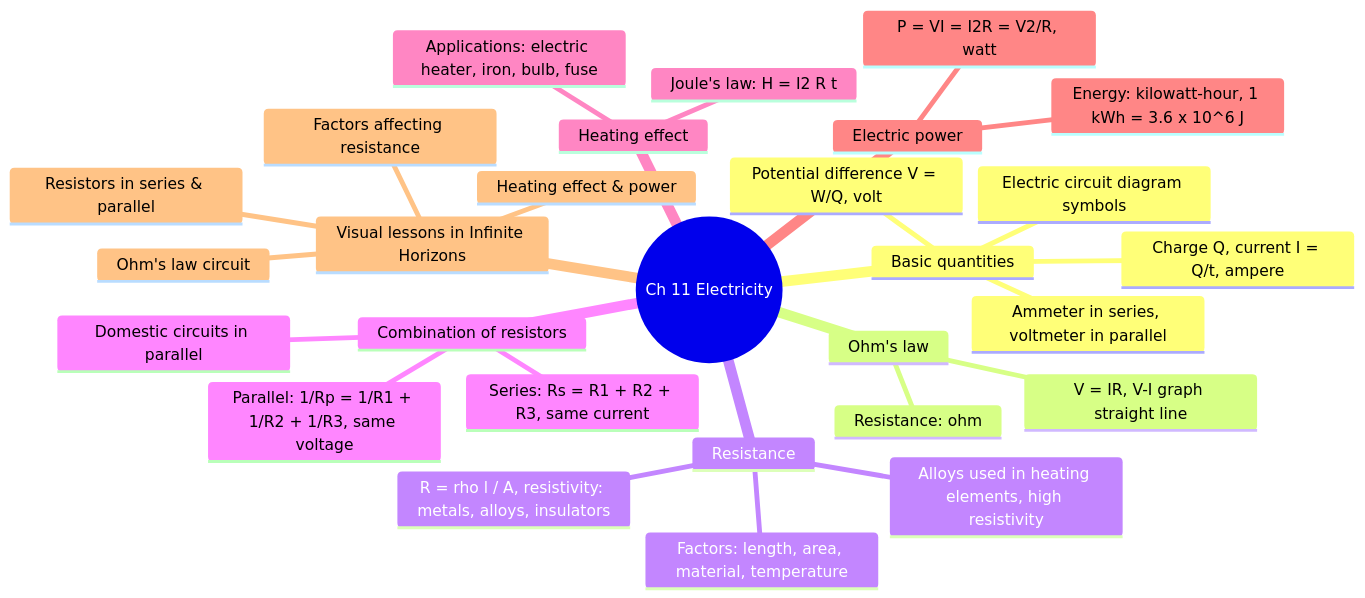
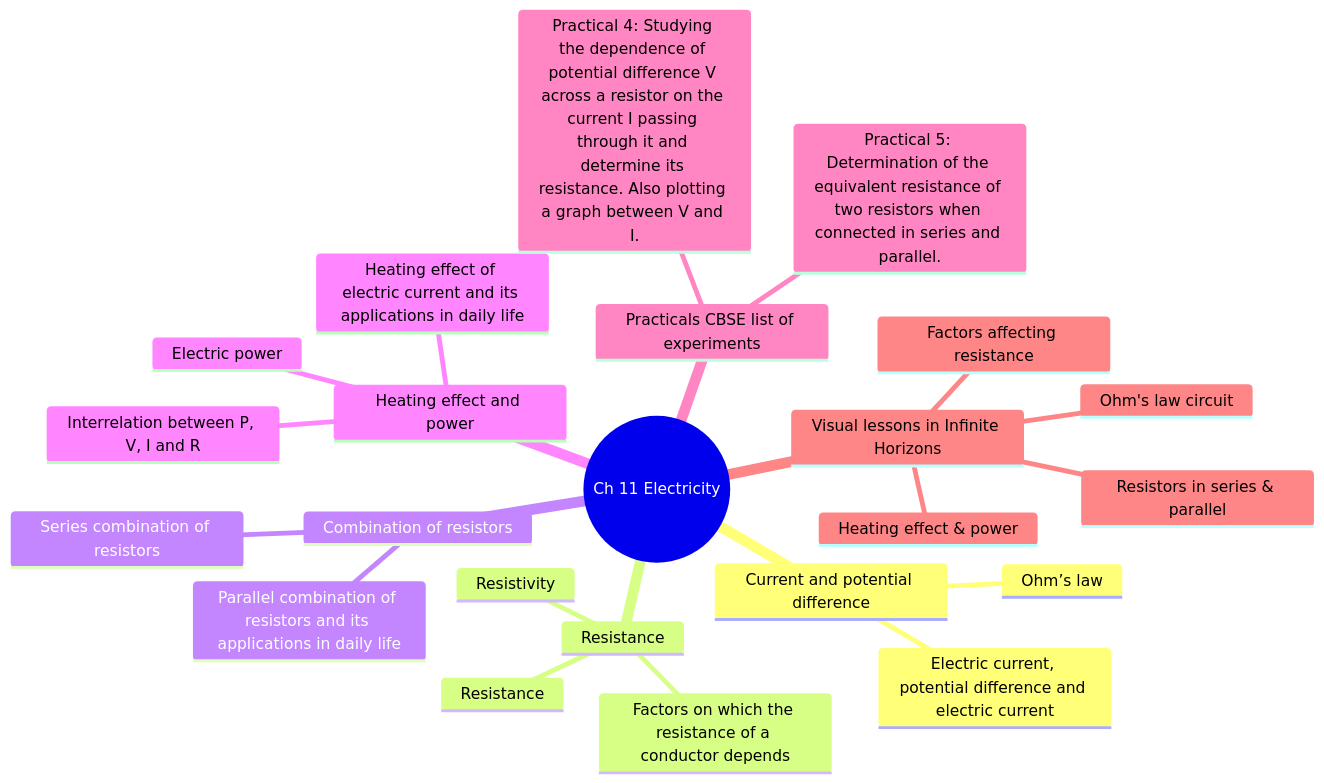
Before and after one commit to anveshix/ifinite-horizon: diagram 23 of 25 in docs/CHAPTER_MINDMAPS.md, drawn with Mermaid. The commit also changed other lines of this file and 22 other files, not shown here.

First line of the commit message:
fix(mindmap): rebuild Class X deep maps from the CBSE 2026-27 PDF; correct formative-only scope (Evolution, Motor/EMI/Generator only); add PDF-derived inventory

````diff
--- a/docs/CHAPTER_MINDMAPS.md
+++ b/docs/CHAPTER_MINDMAPS.md
@@ -932,31 +779,26 @@
 ```mermaid
 mindmap
   root((Ch 11 Electricity))
-    Basic quantities
-      Charge Q, current I = Q/t, ampere
-      Potential difference V = W/Q, volt
-      Electric circuit diagram symbols
-      Ammeter in series, voltmeter in parallel
-    Ohm's law
-      V = IR, V-I graph straight line
-      Resistance: ohm
+    Current and potential difference
+      Electric current, potential difference and electric current
+      Ohm’s law
     Resistance
-      Factors: length, area, material, temperature
-      R = rho l / A, resistivity: metals, alloys, insulators
-      Alloys used in heating elements, high resistivity
+      Resistance
+      Resistivity
+      Factors on which the resistance of a conductor depends
     Combination of resistors
-      Series: Rs = R1 + R2 + R3, same current
-      Parallel: 1/Rp = 1/R1 + 1/R2 + 1/R3, same voltage
-      Domestic circuits in parallel
-    Heating effect
-      Joule's law: H = I2 R t
-      Applications: electric heater, iron, bulb, fuse
-    Electric power
-      P = VI = I2R = V2/R, watt
-      Energy: kilowatt-hour, 1 kWh = 3.6 x 10^6 J
+      Series combination of resistors
+      Parallel combination of resistors and its applications in daily life
+    Heating effect and power
+      Heating effect of electric current and its applications in daily life
+      Electric power
+      Interrelation between P, V, I and R
+    Practicals CBSE list of experiments
+      Practical 4: Studying the dependence of potential difference V across a resistor on the current I passing through it and determine its resistance. Also plotting a graph between V and I.
+      Practical 5: Determination of the equivalent resistance of two resistors when connected in series and parallel.
     Visual lessons in Infinite Horizons
       Ohm's law circuit
       Factors affecting resistance
       Resistors in series & parallel
       Heating effect & power
 ```
````
